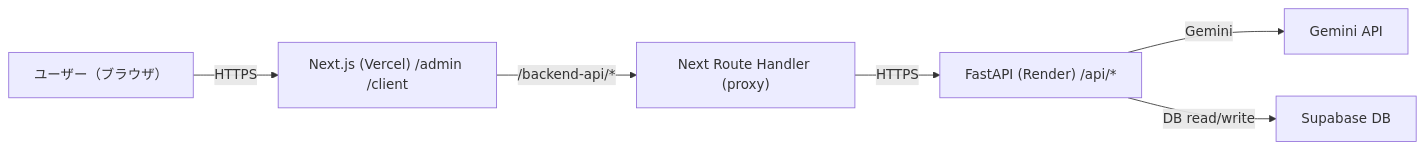
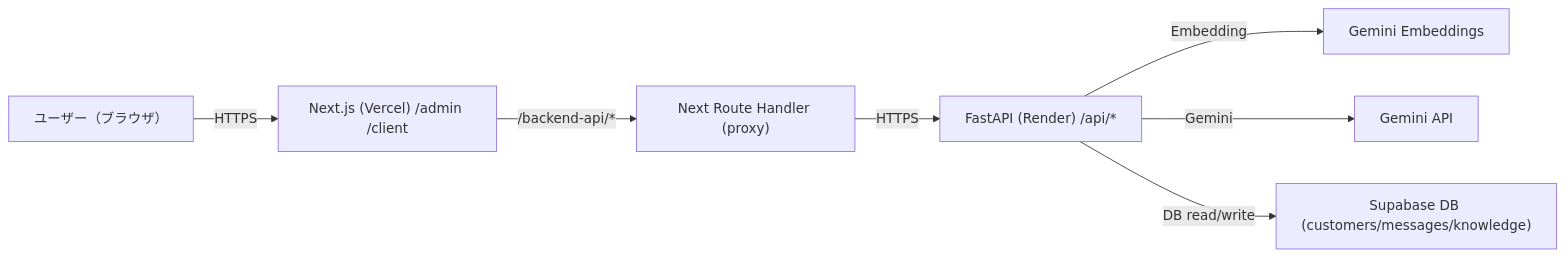
The first of 5 diagrams in _docs/実装状況.md (Uzy03/Hackathon_2026-3-7), drawn with Mermaid before and after one commit. The commit also changed other lines of this file and 4 other files, not shown here.

````diff
--- a/_docs/実装状況.md
+++ b/_docs/実装状況.md
@@ -7,8 +7,9 @@
 ```mermaid
 flowchart LR
   U["ユーザー（ブラウザ）"] -->|HTTPS| FE["Next.js (Vercel) /admin /client"]
   FE -->|/backend-api/*| Proxy["Next Route Handler (proxy)"]
   Proxy -->|HTTPS| BE["FastAPI (Render) /api/*"]
+  BE -->|Embedding| GMEmb["Gemini Embeddings"]
   BE -->|Gemini| GM["Gemini API"]
-  BE -->|DB read/write| DB["Supabase DB"]
+  BE -->|DB read/write| DB["Supabase DB (customers/messages/knowledge)"]
 ```
````
